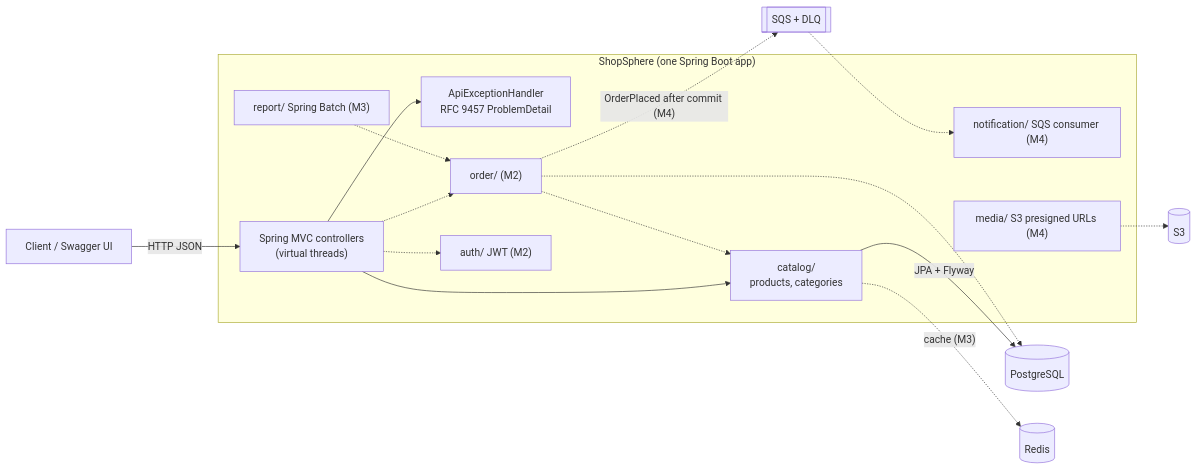
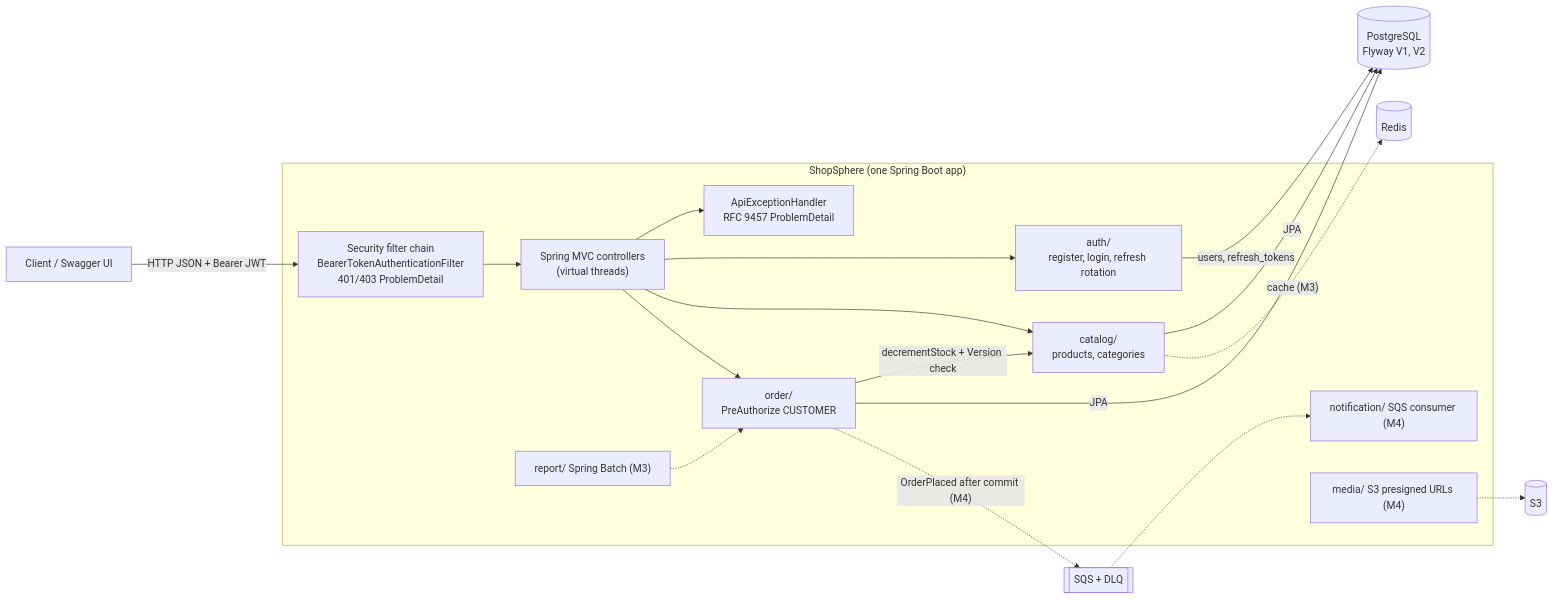
One commit to sumit-mishra-itp/springboot-roadmap changed the first of 4 diagrams in projects/01-ecommerce-monolith/README.md. Above: the diagram before and after it, drawn with Mermaid. The commit also changed other lines of this file and 37 other files, not shown here.

Commit message:
feat(ecommerce): JWT auth with refresh rotation, orders with optimistic-lock oversell protection

````diff
--- a/projects/01-ecommerce-monolith/README.md
+++ b/projects/01-ecommerce-monolith/README.md
@@ -7,22 +7,24 @@
 ```mermaid
 flowchart LR
-    client["Client / Swagger UI"] -->|"HTTP JSON"| mvc
+    client["Client / Swagger UI"] -->|"HTTP JSON + Bearer JWT"| sec
 
     subgraph app["ShopSphere (one Spring Boot app)"]
-        mvc["Spring MVC controllers<br/>(virtual threads)"] --> advice["ApiExceptionHandler<br/>RFC 9457 ProblemDetail"]
+        sec["Security filter chain<br/>BearerTokenAuthenticationFilter<br/>401/403 ProblemDetail"] --> mvc["Spring MVC controllers<br/>(virtual threads)"]
+        mvc --> advice["ApiExceptionHandler<br/>RFC 9457 ProblemDetail"]
+        mvc --> auth["auth/<br/>register, login, refresh rotation"]
         mvc --> catalog["catalog/<br/>products, categories"]
-        mvc -.-> order["order/ (M2)"]
-        mvc -.-> auth["auth/ JWT (M2)"]
-        order -.-> catalog
+        mvc --> order["order/<br/>PreAuthorize CUSTOMER"]
+        order -->|"decrementStock + Version check"| catalog
         report["report/ Spring Batch (M3)"] -.-> order
         notification["notification/ SQS consumer (M4)"]
         media["media/ S3 presigned URLs (M4)"]
     end
 
-    catalog -->|"JPA + Flyway"| pg[("PostgreSQL")]
-    order -.-> pg
+    auth -->|"users, refresh_tokens"| pg[("PostgreSQL<br/>Flyway V1, V2")]
+    catalog -->|"JPA"| pg
+    order -->|"JPA"| pg
     catalog -.->|"cache (M3)"| redis[("Redis")]
     order -.->|"OrderPlaced after commit (M4)"| sqs[["SQS + DLQ"]]
     sqs -.-> notification
     media -.-> s3[("S3")]
 ```
````
